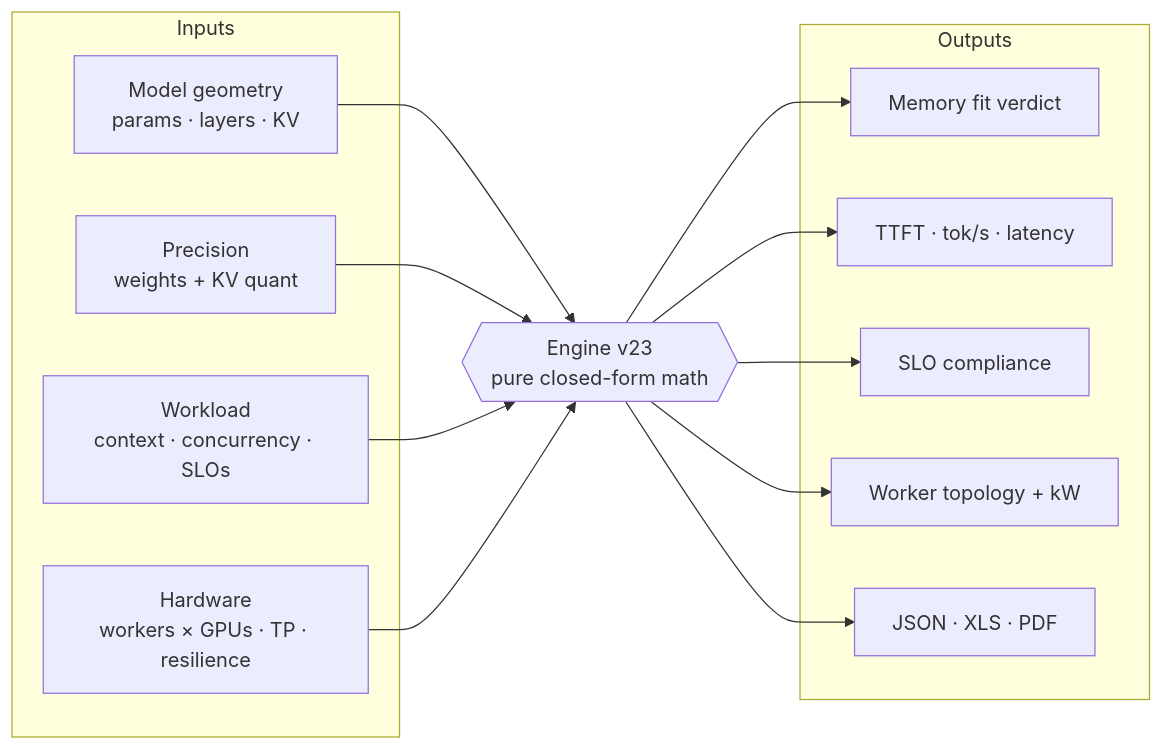
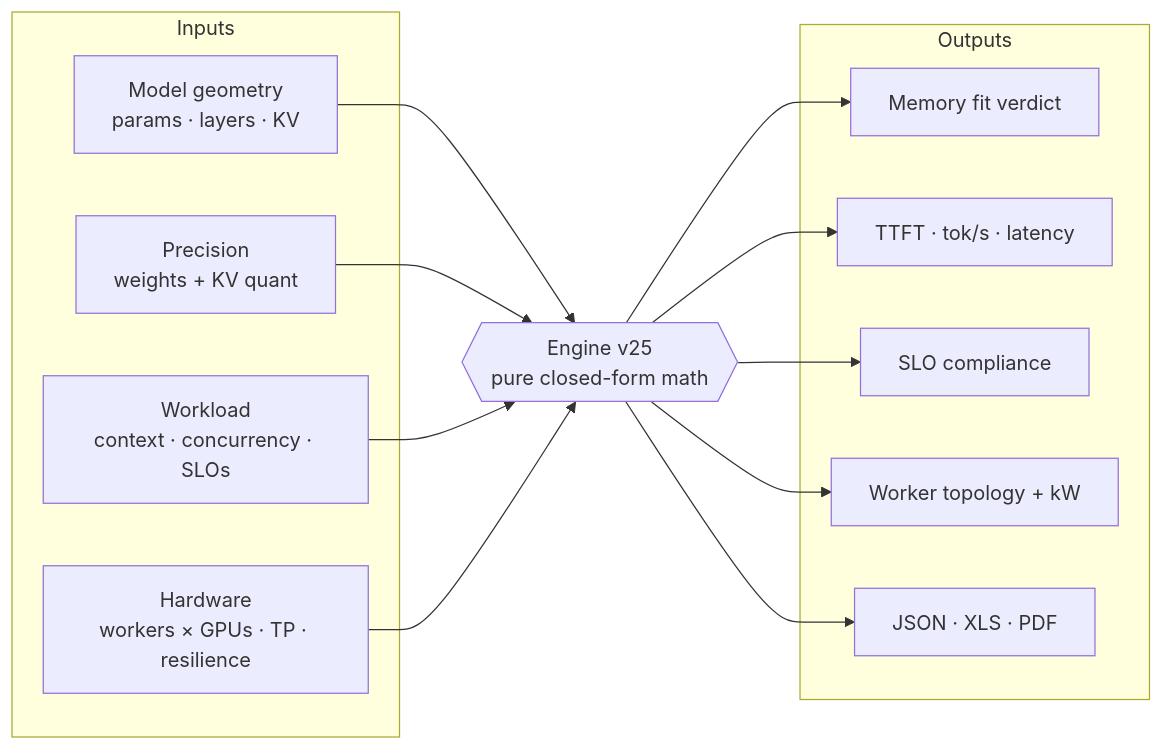
The diagram in README.md (mahmoudyassine/gpu-scale-tool), drawn with Mermaid before and after one commit. The commit also changed other lines of this file and 10 other files, not shown here.

````diff
--- a/README.md
+++ b/README.md
@@ -71,26 +71,26 @@
 ```mermaid
 flowchart LR
     subgraph Inputs
         M[Model geometry<br>params · layers · KV]
         P[Precision<br>weights + KV quant]
         W[Workload<br>context · concurrency · SLOs]
         H[Hardware<br>workers × GPUs · TP · resilience]
     end
-    E{{Engine v23<br>pure closed-form math}}
+    E{{Engine v25<br>pure closed-form math}}
     subgraph Outputs
         F[Memory fit verdict]
         K[TTFT · tok/s · latency]
         S[SLO compliance]
         T[Worker topology + kW]
         X[JSON · XLS · PDF]
     end
     M --> E
     P --> E
     W --> E
     H --> E
     E --> F
     E --> K
     E --> S
     E --> T
     E --> X
 ```
````
